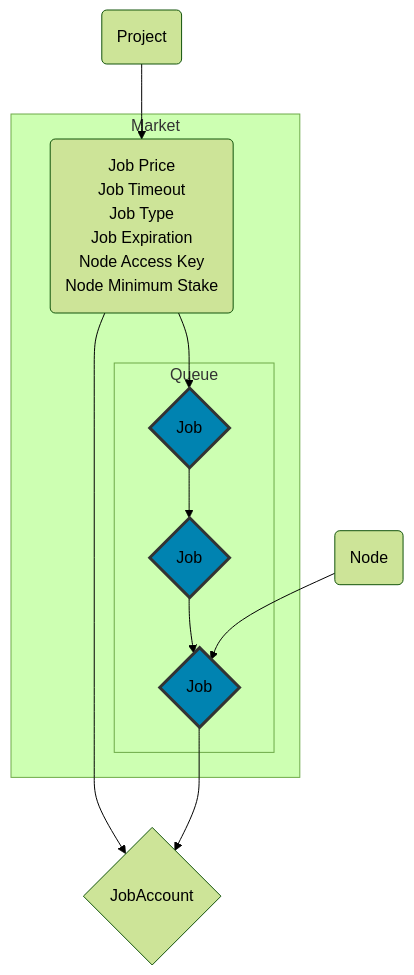
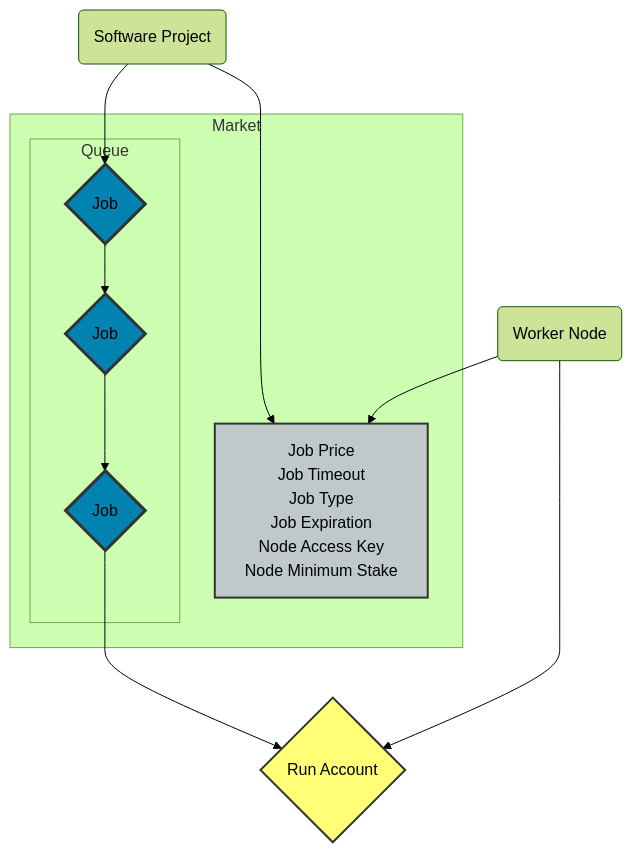
Before and after one commit to nosana-ci/docs.nosana.io: the third of 4 diagrams in docs/programs/jobs.md, drawn with Mermaid (forest theme). The commit also changed other lines of this file, not shown here.

````diff
--- a/docs/programs/jobs.md
+++ b/docs/programs/jobs.md
@@ -645,25 +676,29 @@
 ```mermaid
 flowchart TB
-    subgraph Market
-        a(Job Price<br>Job Timeout<br>Job Type<br>Job Expiration<br>Node Access Key<br>Node Minimum Stake)
+   subgraph Market
+        market
         subgraph Queue
-            o1 --> o2 --> o3
+            order1 --> order2 --> order3
         end
     end
-    n --> o3
-    p --> a
+    project --> order1
+    node --> market
+    project --> market
+    order3 --> run
+    node --> run
 
-    a --> ja
-    a --> o1
-    o3 --> ja
-
-    n(Node)
-    p(Project)
-    o1{Job}
-    o2{Job}
-    o3{Job}
-    ja{JobAccount}
+    node(Worker Node)
+    project(Software Project)
+    order1{Job}
+    order2{Job}
+    order3{Job}
+    run{Run Account}
+    market[Job Price<br>Job Timeout<br>Job Type<br>Job Expiration<br>Node Access Key<br>Node Minimum Stake]
 
     classDef blue fill:#0083B1,stroke:#333,stroke-width:3px;
-    class o1,o2,o3 blue;
+    classDef yellow fill:#ff7,stroke:#333,stroke-width:2px;
+    classDef grey fill:#BFC9CA,stroke:#333,stroke-width:2px;
+    class order1,order2,order3 blue;
+    class run yellow;
+    class market grey;
 ```
````
